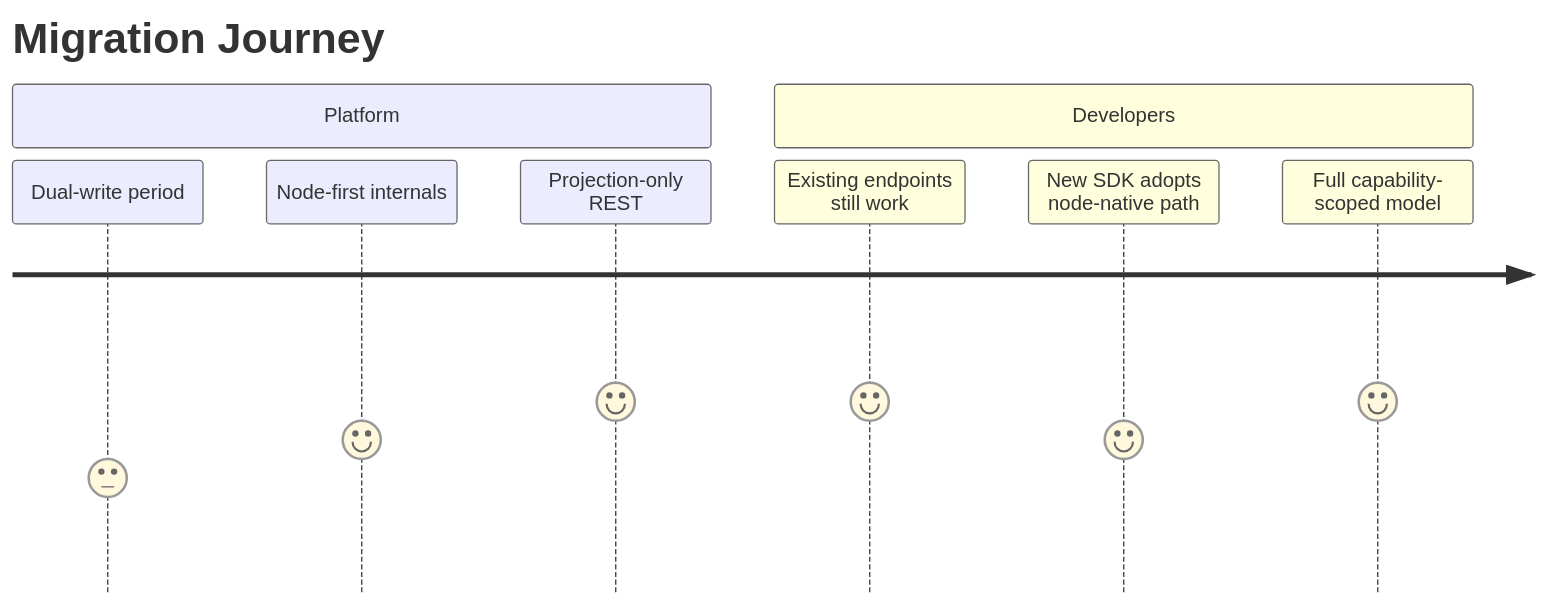
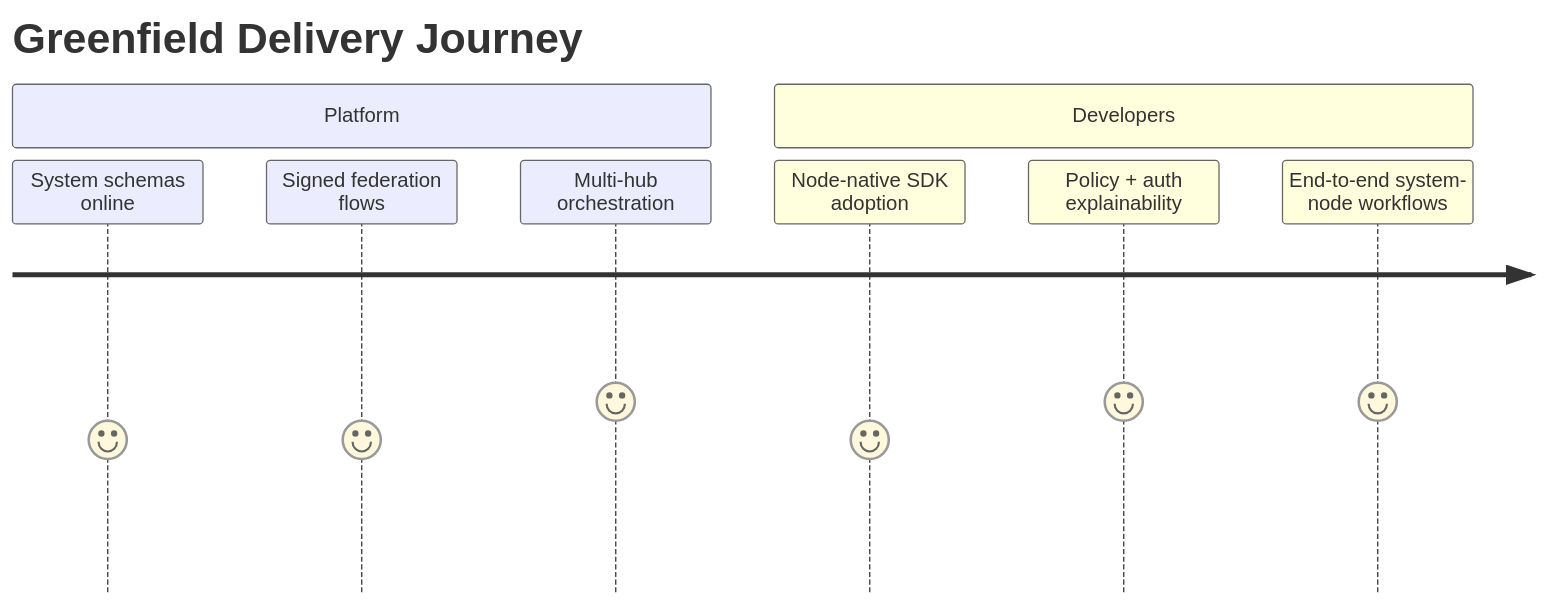
Before and after one commit to crs48/xNet: the eighth of 9 diagrams in docs/explorations/0093_[_]_NODE_NATIVE_GLOBAL_SCHEMA_FEDERATION_MODEL.md, drawn with Mermaid. The commit also changed other lines of this file, not shown here.

Commit message:
docs(exploration): make 0093 greenfield and node-auth first

````diff
--- a/docs/explorations/0093_[_]_NODE_NATIVE_GLOBAL_SCHEMA_FEDERATION_MODEL.md
+++ b/docs/explorations/0093_[_]_NODE_NATIVE_GLOBAL_SCHEMA_FEDERATION_MODEL.md
@@ -304,12 +308,12 @@
 ```mermaid
 journey
-    title Migration Journey
+    title Greenfield Delivery Journey
     section Platform
-      Dual-write period: 3
-      Node-first internals: 4
-      Projection-only REST: 5
+      System schemas online: 4
+      Signed federation flows: 4
+      Multi-hub orchestration: 5
     section Developers
-      Existing endpoints still work: 5
-      New SDK adopts node-native path: 4
-      Full capability-scoped model: 5
+      Node-native SDK adoption: 4
+      Policy + auth explainability: 5
+      End-to-end system-node workflows: 5
 ```
````
